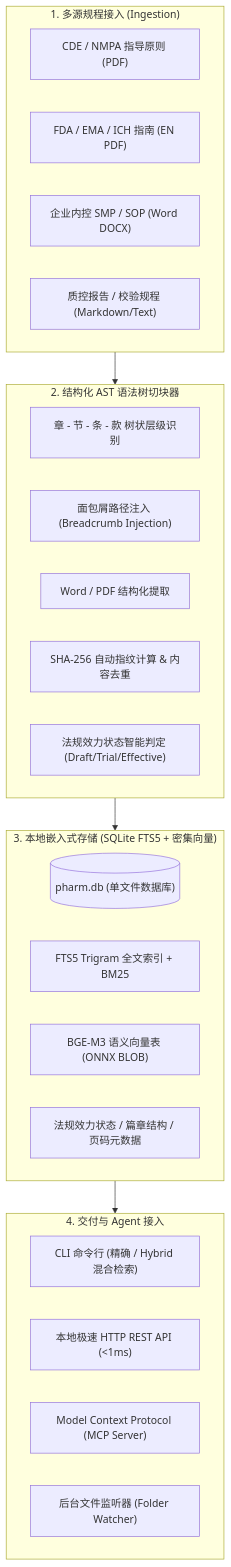
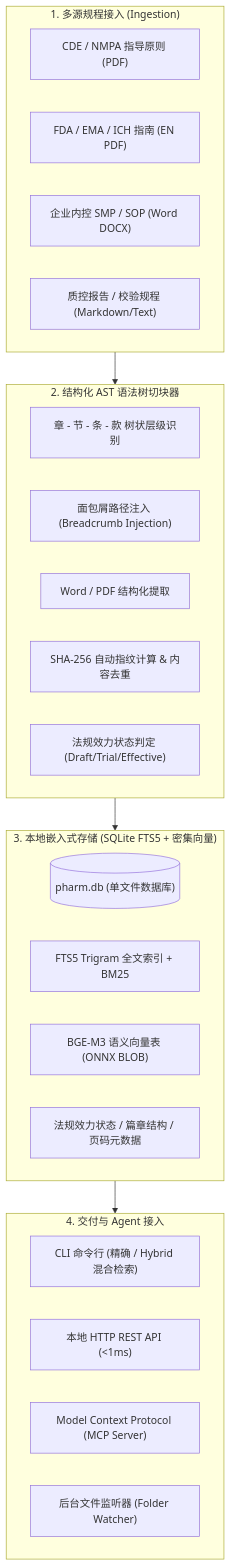
One commit to molezz/Pharm-RAG changed the diagram in README.md. Above: the diagram before and after it, drawn with Mermaid. The commit also changed other lines of this file and 2 other files, not shown here.

````diff
--- a/README.md
+++ b/README.md
@@ -31,35 +31,35 @@
 ```mermaid
 flowchart TD
     subgraph Sources["1. 多源规程接入 (Ingestion)"]
         S1["CDE / NMPA 指导原则 (PDF)"]
         S2["FDA / EMA / ICH 指南 (EN PDF)"]
         S3["企业内控 SMP / SOP (Word DOCX)"]
         S4["质控报告 / 校验规程 (Markdown/Text)"]
     end
 
     subgraph Parser["2. 结构化 AST 语法树切块器"]
         P1["章 - 节 - 条 - 款 树状层级识别"]
         P2["面包屑路径注入 (Breadcrumb Injection)"]
         P3["Word / PDF 结构化提取"]
         P4["SHA-256 自动指纹计算 & 内容去重"]
-        P5["法规效力状态智能判定 (Draft/Trial/Effective)"]
+        P5["法规效力状态判定 (Draft/Trial/Effective)"]
     end
 
     subgraph Storage["3. 本地嵌入式存储 (SQLite FTS5 + 密集向量)"]
         DB[("pharm.db (单文件数据库)")]
         FTS["FTS5 Trigram 全文索引 + BM25"]
         VEC["BGE-M3 语义向量表 (ONNX BLOB)"]
         META["法规效力状态 / 篇章结构 / 页码元数据"]
     end
 
     subgraph Interfaces["4. 交付与 Agent 接入"]
         CLI["CLI 命令行 (精确 / Hybrid 混合检索)"]
-        REST["本地极速 HTTP REST API (&lt;1ms)"]
+        REST["本地 HTTP REST API (&lt;1ms)"]
         MCP["Model Context Protocol (MCP Server)"]
         WATCH["后台文件监听器 (Folder Watcher)"]
     end
 
     Sources --> Parser
     Parser --> Storage
     Storage --> Interfaces
 ```
````
